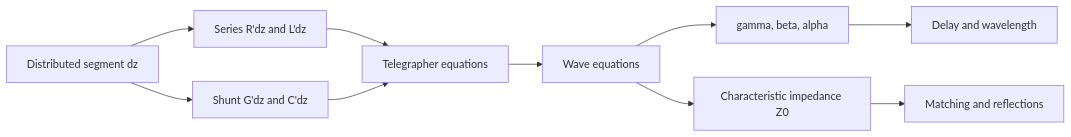
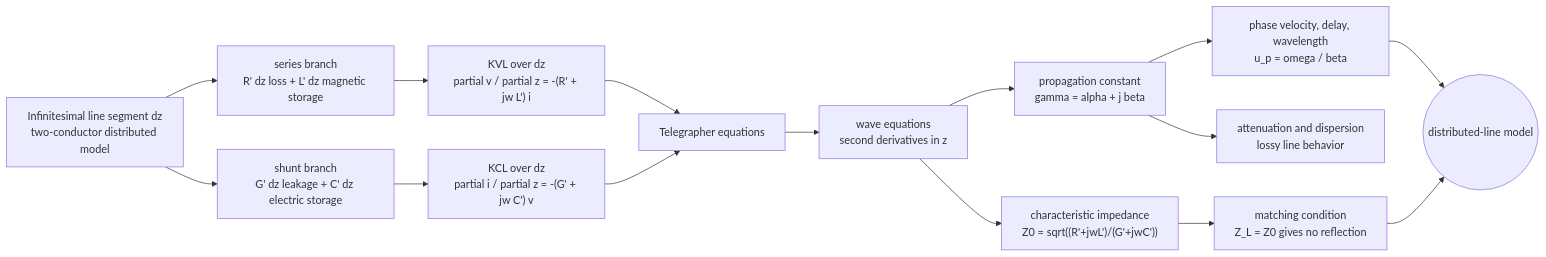
The diagram in docs/physics/electromagnetics/transmission-line-models-and-wave-equations.md (justinbrianhwang/SJ-wiki), drawn with Mermaid before and after one commit. The commit also changed other lines of this file and 1858 other files, not shown here.

Commit message:
Upgrade Mermaid diagrams to real architecture level across DL/CS-systems/CS-applied/QIS/Physics+Math+Chem (~728 mermaid blocks total): detailed sublayers, residuals, dimensions, shape transitions, subgraph grouping

````diff
--- a/docs/physics/electromagnetics/transmission-line-models-and-wave-equations.md
+++ b/docs/physics/electromagnetics/transmission-line-models-and-wave-equations.md
@@ -112,12 +112,17 @@
 ```mermaid
 flowchart LR
-  A[Distributed segment dz] --> B["Series R'dz and L'dz"]
-  A --> C["Shunt G'dz and C'dz"]
-  B --> D[Telegrapher equations]
-  C --> D
-  D --> E[Wave equations]
-  E --> F["gamma, beta, alpha"]
-  E --> G[Characteristic impedance Z0]
-  F --> H[Delay and wavelength]
-  G --> I[Matching and reflections]
+  Segment["Infinitesimal line segment dz<br/>two-conductor distributed model"] --> Series["series branch<br/>R' dz loss + L' dz magnetic storage"]
+  Segment --> Shunt["shunt branch<br/>G' dz leakage + C' dz electric storage"]
+  Series --> KVL["KVL over dz<br/>partial v / partial z = -(R' + jw L') i"]
+  Shunt --> KCL["KCL over dz<br/>partial i / partial z = -(G' + jw C') v"]
+  KVL --> Tele["Telegrapher equations"]
+  KCL --> Tele
+  Tele --> Wave["wave equations<br/>second derivatives in z"]
+  Wave --> Gamma["propagation constant<br/>gamma = alpha + j beta"]
+  Wave --> Z0["characteristic impedance<br/>Z0 = sqrt((R'+jwL')/(G'+jwC'))"]
+  Gamma --> Delay["phase velocity, delay, wavelength<br/>u_p = omega / beta"]
+  Gamma --> Atten["attenuation and dispersion<br/>lossy line behavior"]
+  Z0 --> Match["matching condition<br/>Z_L = Z0 gives no reflection"]
+  Delay --> Result(("distributed-line model"))
+  Match --> Result
 ```
````
